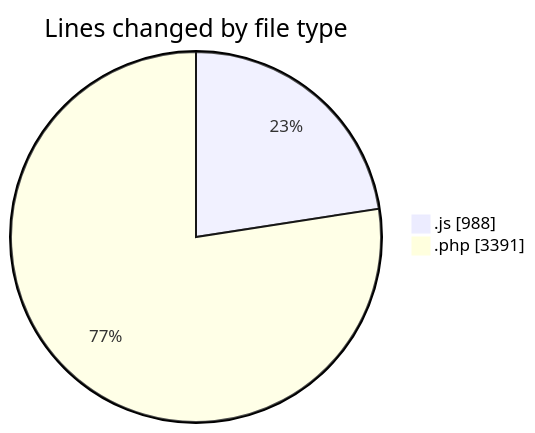
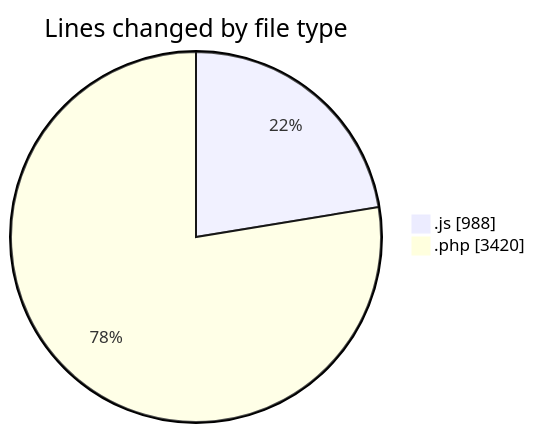
The first of 2 diagrams in 2026-10-30/wp-content/README.md (debugP/code-tracking), drawn with Mermaid before and after one commit. The commit also changed other lines of this file and 1 other file, not shown here.

````diff
--- a/2026-10-30/wp-content/README.md
+++ b/2026-10-30/wp-content/README.md
@@ -23,6 +23,6 @@
 ```mermaid
 pie showData
 title Lines changed by file type
 ".js" : 988
-".php" : 3391
+".php" : 3420
 ```
````
